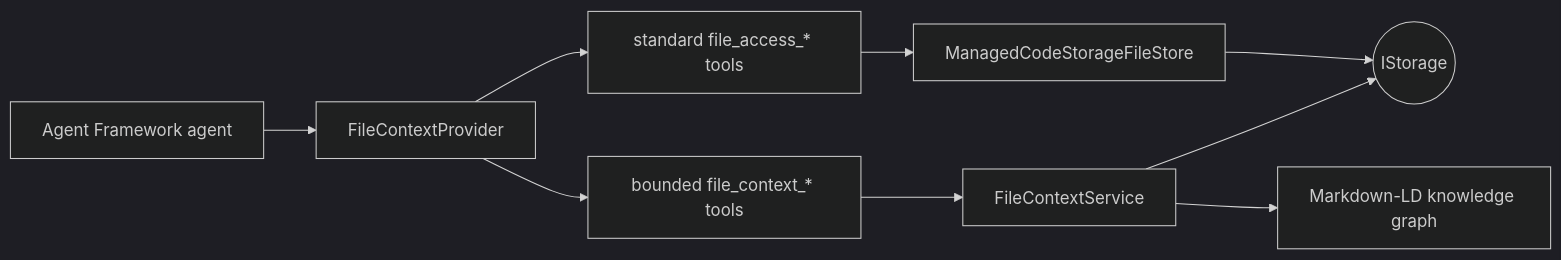
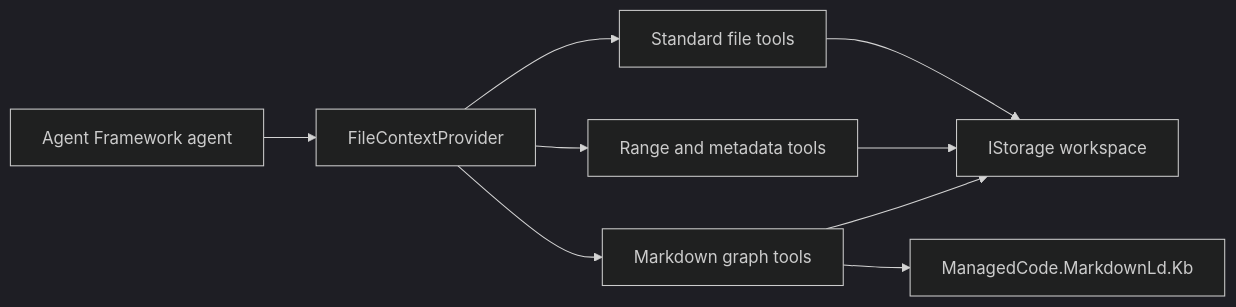
Before and after one commit to managedcode/FileContext: the diagram in README.md, drawn with Mermaid (dark theme). The commit also changed other lines of this file and 3 other files, not shown here.

````diff
--- a/README.md
+++ b/README.md
@@ -28,11 +31,11 @@
 ```mermaid
 flowchart LR
-  Agent["Agent Framework agent"] --> Provider["FileContextProvider"]
-  Provider --> Standard["standard file_access_* tools"]
-  Provider --> Extended["bounded file_context_* tools"]
-  Standard --> Adapter["ManagedCodeStorageFileStore"]
-  Extended --> Service["FileContextService"]
-  Adapter --> Storage(("IStorage"))
-  Service --> Storage
-  Service --> Graph["Markdown-LD knowledge graph"]
+  Agent["Agent Framework agent"] --> Context["FileContextProvider"]
+  Context --> Files["Standard file tools"]
+  Context --> Ranges["Range and metadata tools"]
+  Context --> Graph["Markdown graph tools"]
+  Files --> Store["IStorage workspace"]
+  Ranges --> Store
+  Graph --> Store
+  Graph --> Markdown["ManagedCode.MarkdownLd.Kb"]
 ```
````
